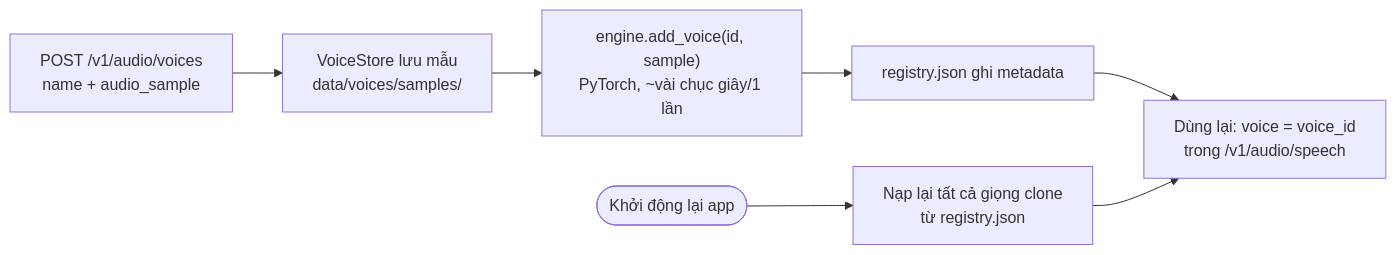
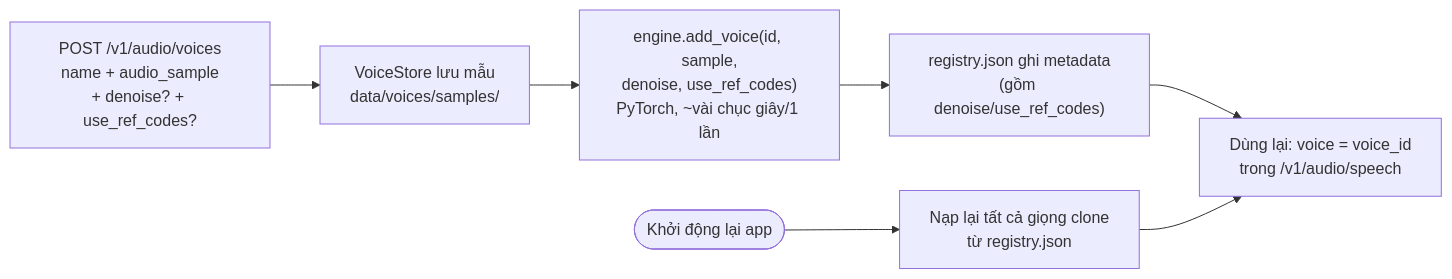
One commit to truongqv12/all_voice changed the third of 4 diagrams in docs/kien-truc-va-mo-rong.md. Above: the diagram before and after it, drawn with Mermaid. The commit also changed other lines of this file and 1 other file, not shown here.

````diff
--- a/docs/kien-truc-va-mo-rong.md
+++ b/docs/kien-truc-va-mo-rong.md
@@ -158,9 +159,9 @@
 ```mermaid
 flowchart LR
-    Up["POST /v1/audio/voices<br/>name + audio_sample"] --> Save["VoiceStore lưu mẫu<br/>data/voices/samples/"]
-    Save --> Enrol["engine.add_voice(id, sample)<br/>PyTorch, ~vài chục giây/1 lần"]
-    Enrol --> Reg["registry.json ghi metadata"]
+    Up["POST /v1/audio/voices<br/>name + audio_sample<br/>+ denoise? + use_ref_codes?"] --> Save["VoiceStore lưu mẫu<br/>data/voices/samples/"]
+    Save --> Enrol["engine.add_voice(id, sample,<br/>denoise, use_ref_codes)<br/>PyTorch, ~vài chục giây/1 lần"]
+    Enrol --> Reg["registry.json ghi metadata<br/>(gồm denoise/use_ref_codes)"]
     Reg --> Use["Dùng lại: voice = voice_id<br/>trong /v1/audio/speech"]
     Restart(["Khởi động lại app"]) --> Reload["Nạp lại tất cả giọng clone<br/>từ registry.json"]
     Reload --> Use
 ```
````
